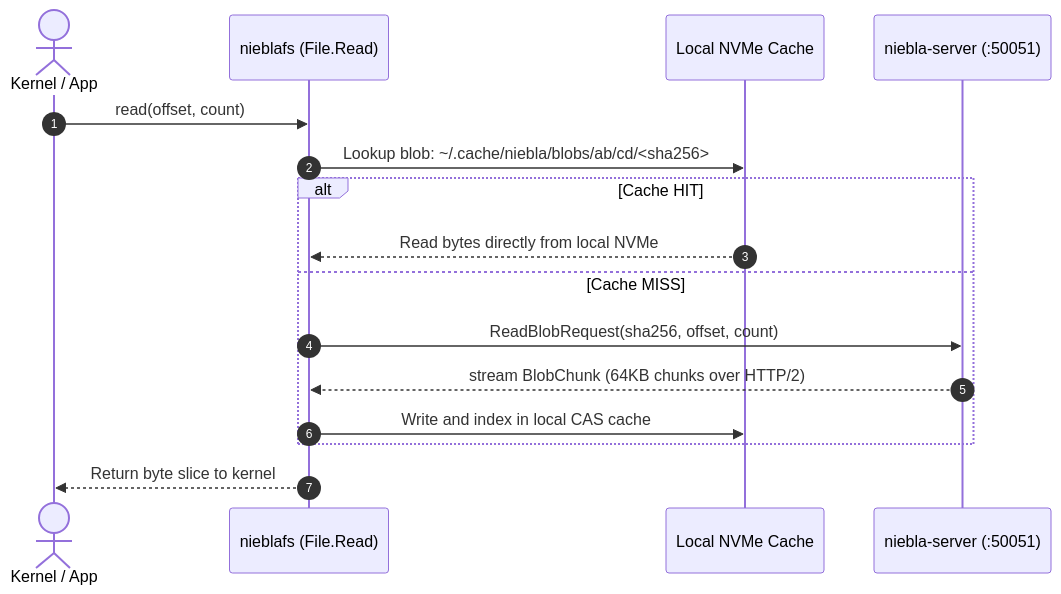
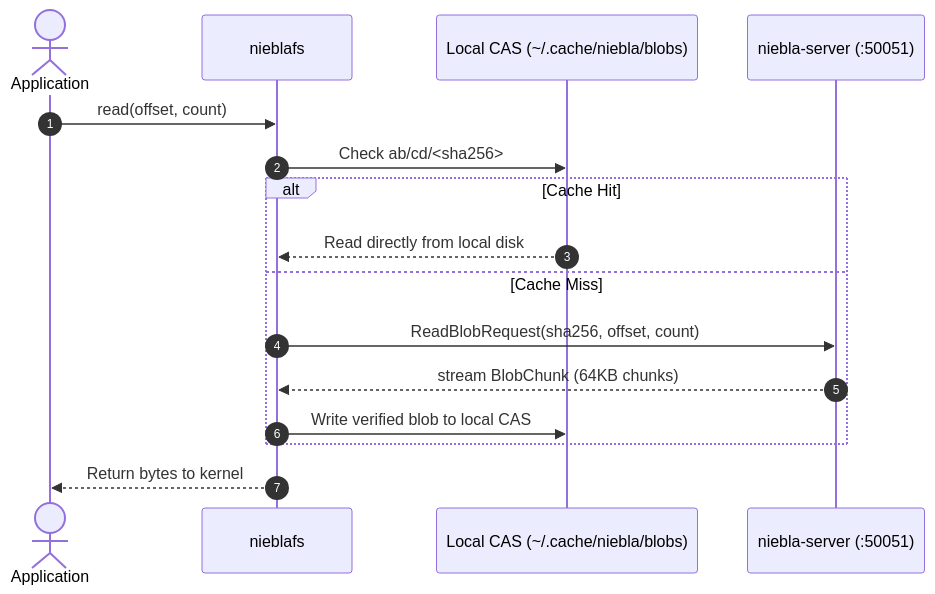
The second of 2 diagrams in docs-site/src/content/docs/architecture/fuse-internals.md (mrtnzjsh/niebla), drawn with Mermaid before and after one commit. The commit also changed other lines of this file and 40 other files, not shown here.

````diff
--- a/docs-site/src/content/docs/architecture/fuse-internals.md
+++ b/docs-site/src/content/docs/architecture/fuse-internals.md
@@ -103,19 +54,19 @@
 ```mermaid
 sequenceDiagram
     autonumber
-    actor App as Kernel / App
-    participant FUSE as nieblafs (File.Read)
-    participant Cache as Local NVMe Cache
+    actor App as Application
+    participant FUSE as nieblafs
+    participant Cache as Local CAS (~/.cache/niebla/blobs)
     participant Server as niebla-server (:50051)
 
     App->>FUSE: read(offset, count)
-    FUSE->>Cache: Lookup blob: ~/.cache/niebla/blobs/ab/cd/<sha256>
-    alt Cache HIT
-        Cache-->>FUSE: Read bytes directly from local NVMe
-    else Cache MISS
+    FUSE->>Cache: Check ab/cd/<sha256>
+    alt Cache Hit
+        Cache-->>FUSE: Read directly from local disk
+    else Cache Miss
         FUSE->>Server: ReadBlobRequest(sha256, offset, count)
-        Server-->>FUSE: stream BlobChunk (64KB chunks over HTTP/2)
-        FUSE->>Cache: Write and index in local CAS cache
+        Server-->>FUSE: stream BlobChunk (64KB chunks)
+        FUSE->>Cache: Write verified blob to local CAS
     end
-    FUSE-->>App: Return byte slice to kernel
+    FUSE-->>App: Return bytes to kernel
 ```
````
